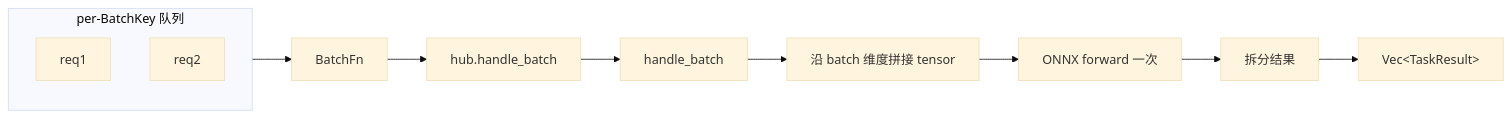
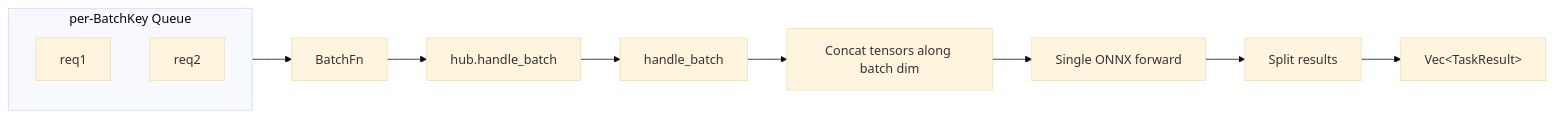
Before and after one commit to EdwinZhanCN/Lumen-Hub: the third of 3 diagrams in docs/docs/architecture/request-lifecycle.md, drawn with Mermaid (base theme). The commit also changed other lines of this file and 47 other files, not shown here.

````diff
--- a/docs/docs/architecture/request-lifecycle.md
+++ b/docs/docs/architecture/request-lifecycle.md
@@ -106,14 +106,14 @@
 ```mermaid
 flowchart LR
-    subgraph Queue[per-BatchKey 队列]
+    subgraph Queue[per-BatchKey Queue]
         R1[req1]
         R2[req2]
     end
     Queue --> BatchFn
     BatchFn --> Hub[hub.handle_batch]
     Hub --> Task[handle_batch]
-    Task --> Concat[沿 batch 维度拼接 tensor]
-    Concat --> Forward[ONNX forward 一次]
-    Forward --> Split[拆分结果]
+    Task --> Concat[Concat tensors along batch dim]
+    Concat --> Forward[Single ONNX forward]
+    Forward --> Split[Split results]
     Split --> Results[Vec&lt;TaskResult&gt;]
 ```
````
